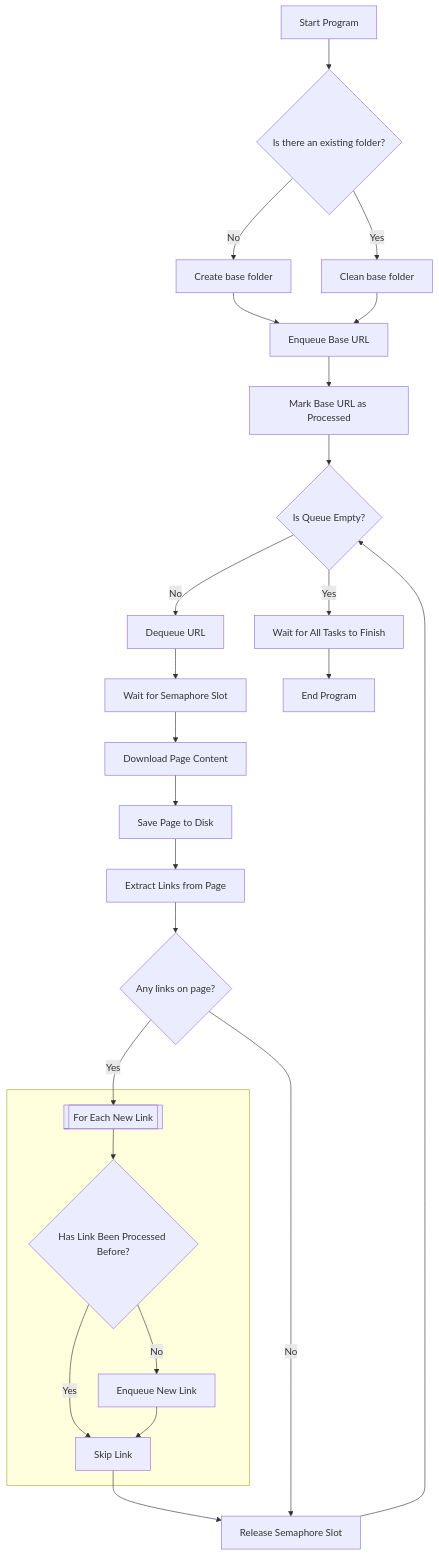
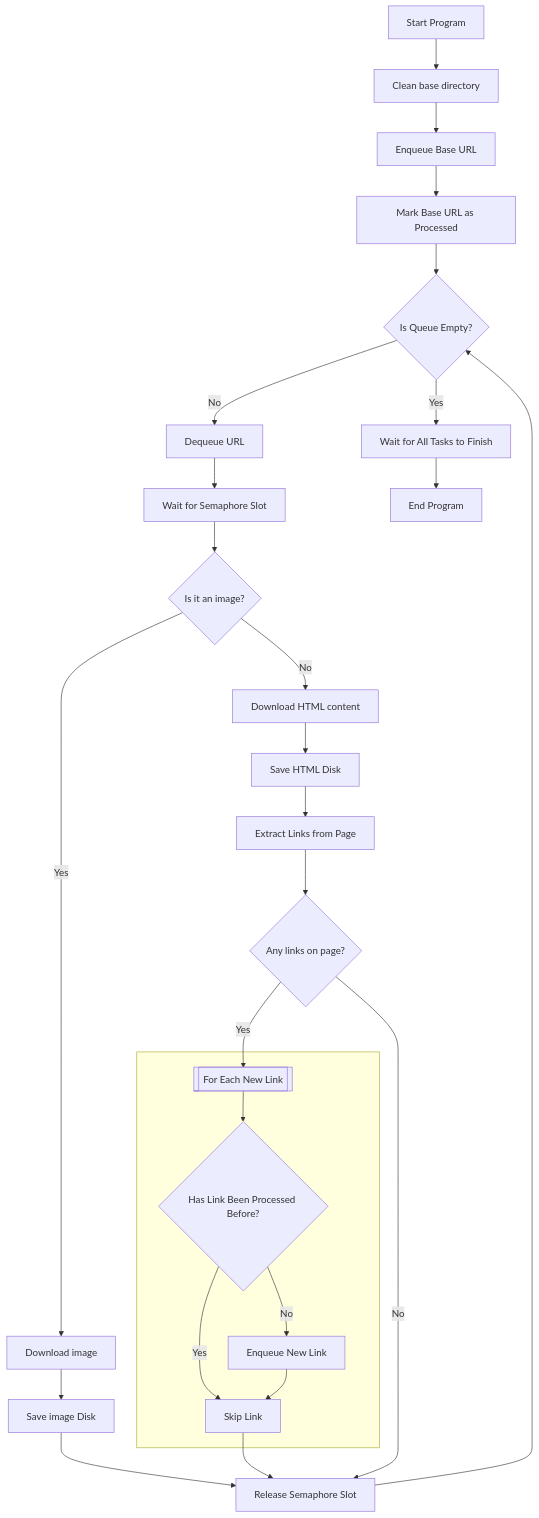
One commit to modestotech/BookScraper changed the diagram in README.md. Above: the diagram before and after it, drawn with Mermaid. The commit also changed other lines of this file and 6 other files, not shown here.

````diff
--- a/README.md
+++ b/README.md
@@ -12,37 +15,40 @@
 ```mermaid
 flowchart TD
-    A[Start Program] --> A1{Is there an existing folder?}
-    A1 -- No --> A2[Create base folder]
-    A1 -- Yes --> A3[Clean base folder]
-
-    B[Enqueue Base URL]
-    A2 --> B
-    A3 --> B
-
+    A[Start Program] --> A1[Clean base directory]
+    A1 --> B[Enqueue Base URL]
     B --> C[Mark Base URL as Processed]
     C --> D{Is Queue Empty?}
     D -- No --> E[Dequeue URL]
     E --> F[Wait for Semaphore Slot]
-    F --> G[Download Page Content]
-    G --> H[Save Page to Disk]
-    H --> I[Extract Links from Page]
+
+    O[Release Semaphore Slot]
+
+    F --> F1{Is it an image?}
+
+    F1 -- Yes --> F_Image1[Download image]
+    F_Image1 --> F_Image2[Save image Disk]
+    F_Image2 --> O
+
+    F1 -- No --> F_HTML1[Download HTML content]
+    F_HTML1 --> F_HTML2[Save HTML Disk]
+    F_HTML2 --> I[Extract Links from Page]
 
     I --> J{Any links on page?}
     J -- Yes --> K[[For Each New Link]]
     K --> L{Has Link Been Processed Before?}
     L -- No --> M[Enqueue New Link]
     L -- Yes --> N[Skip Link]
     M --> N
     N --> O[Release Semaphore Slot]
     J -- No --> O
     O --> D
     D -- Yes --> P[Wait for All Tasks to Finish]
     P --> Q[End Program]
 
     subgraph LinkProcessing[ ]
         K
         L
         M
         N
     end
 ```
````
